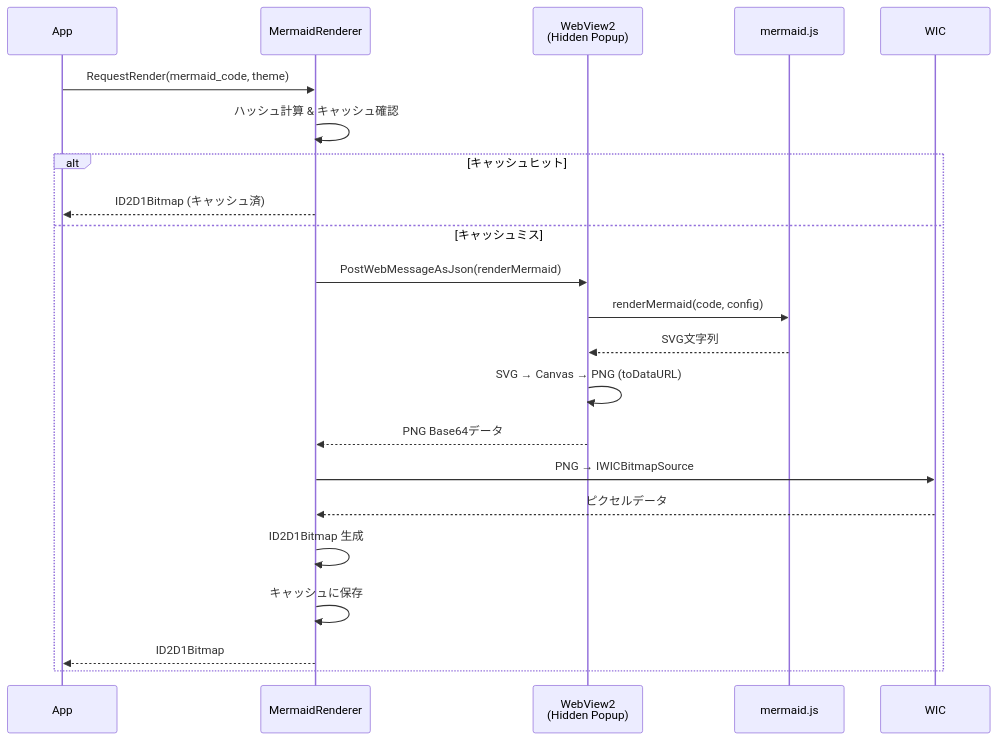
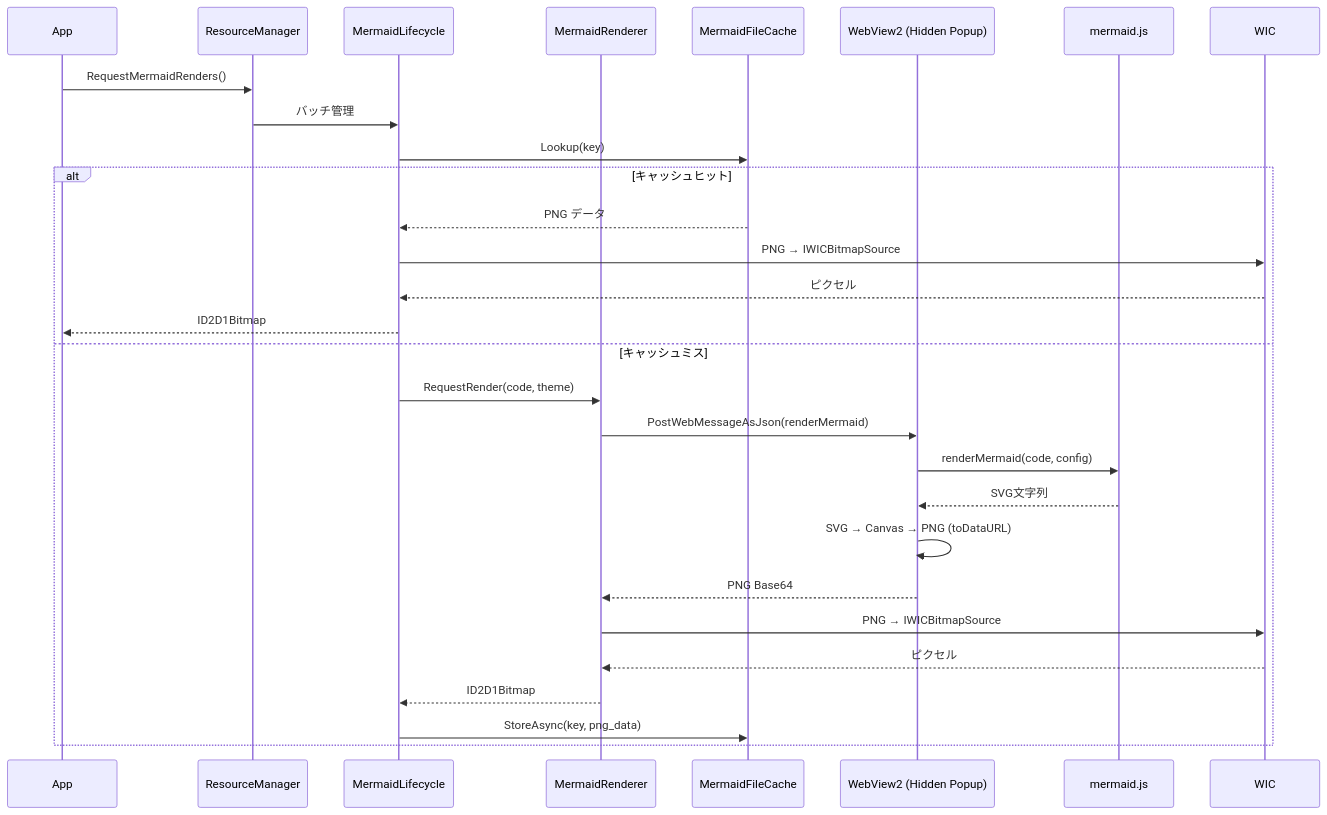
Before and after one commit to tanaton/mendo: diagram 11 of 27 in example/test.md, drawn with Mermaid. The commit also changed other lines of this file, not shown here.

````diff
--- a/example/test.md
+++ b/example/test.md
@@ -994,25 +1094,32 @@
 ```mermaid
 sequenceDiagram
     participant APP as App
+    participant RM as ResourceManager
+    participant ML as MermaidLifecycle
     participant MR as MermaidRenderer
-    participant WV as WebView2<br>(Hidden Popup)
+    participant FC as MermaidFileCache
+    participant WV as WebView2 (Hidden Popup)
     participant JS as mermaid.js
     participant WIC as WIC
 
-    APP->>MR: RequestRender(mermaid_code, theme)
-    MR->>MR: ハッシュ計算 & キャッシュ確認
+    APP->>RM: RequestMermaidRenders()
+    RM->>ML: バッチ管理
+    ML->>FC: Lookup(key)
     alt キャッシュヒット
-        MR-->>APP: ID2D1Bitmap (キャッシュ済)
+        FC-->>ML: PNG データ
+        ML->>WIC: PNG → IWICBitmapSource
+        WIC-->>ML: ピクセル
+        ML-->>APP: ID2D1Bitmap
     else キャッシュミス
+        ML->>MR: RequestRender(code, theme)
         MR->>WV: PostWebMessageAsJson(renderMermaid)
         WV->>JS: renderMermaid(code, config)
         JS-->>WV: SVG文字列
         WV->>WV: SVG → Canvas → PNG (toDataURL)
-        WV-->>MR: PNG Base64データ
+        WV-->>MR: PNG Base64
         MR->>WIC: PNG → IWICBitmapSource
-        WIC-->>MR: ピクセルデータ
-        MR->>MR: ID2D1Bitmap 生成
-        MR->>MR: キャッシュに保存
-        MR-->>APP: ID2D1Bitmap
+        WIC-->>MR: ピクセル
+        MR-->>ML: ID2D1Bitmap
+        ML->>FC: StoreAsync(key, png_data)
     end
 ```
````
